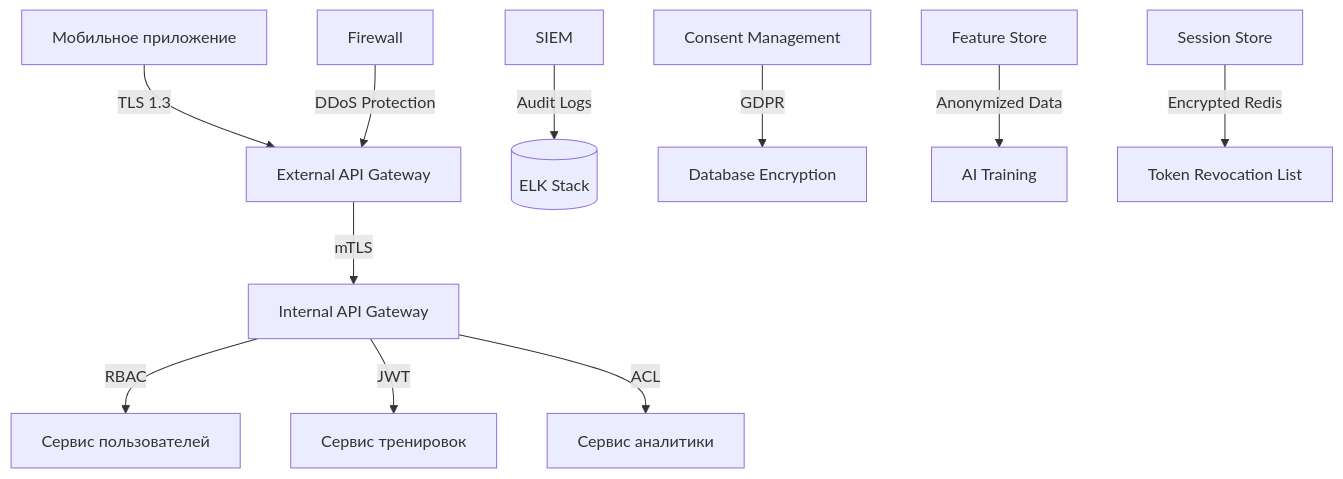
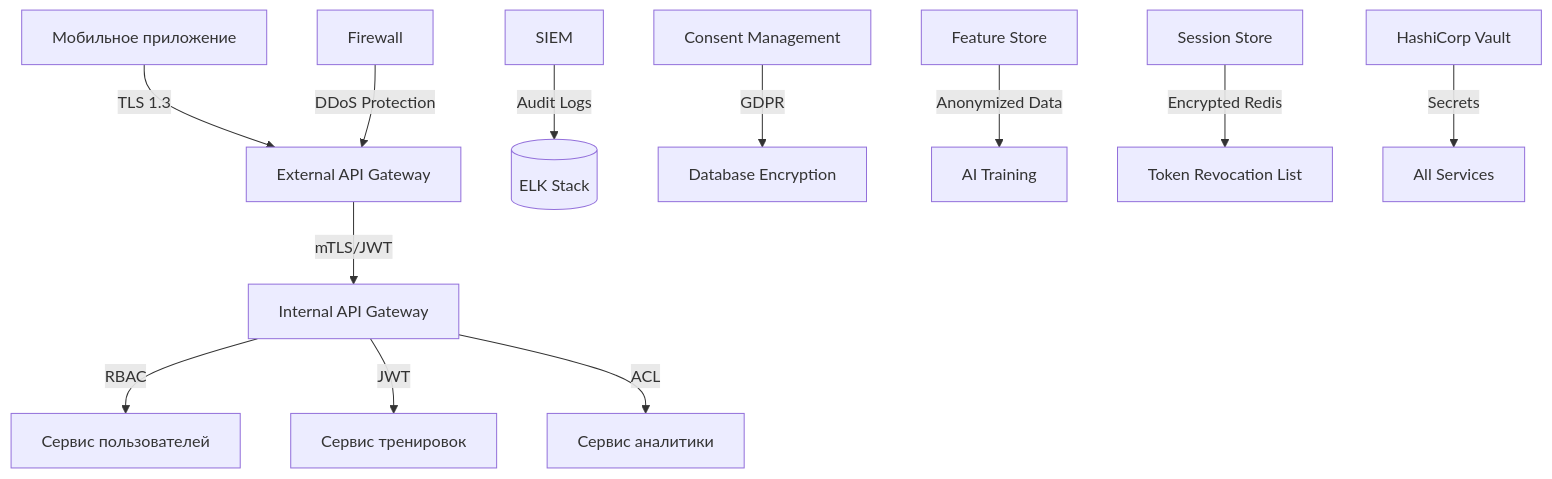
One commit to andreyantropov/architect-coursework changed the diagram in architecture/basic-presentations/security.md. Above: the diagram before and after it, drawn with Mermaid. The commit also changed other lines of this file and 17 other files, not shown here.

````diff
--- a/architecture/basic-presentations/security.md
+++ b/architecture/basic-presentations/security.md
@@ -3,14 +3,15 @@
 ```mermaid
 graph TD
     A[Мобильное приложение] -->|TLS 1.3| B[External API Gateway]
-    B -->|mTLS| C[Internal API Gateway]
-    C -->|RBAC| D[Сервис пользователей]
-    C -->|JWT| E[Сервис тренировок]
-    C -->|ACL| F[Сервис аналитики]
+    B -->|mTLS/JWT| D[Internal API Gateway]
+    D -->|RBAC| E[Сервис пользователей]
+    D -->|JWT| F[Сервис тренировок]
+    D -->|ACL| G[Сервис аналитики]
 
-    G[SIEM] -->|Audit Logs| H[(ELK Stack)]
-    I[Firewall] -->|DDoS Protection| B
-    J[Consent Management] -->|GDPR| K[Database Encryption]
-    L[Feature Store] -->|Anonymized Data| M[AI Training]
-    N[Session Store] -->|Encrypted Redis| O[Token Revocation List]
+    H[SIEM] -->|Audit Logs| I[(ELK Stack)]
+    J[Firewall] -->|DDoS Protection| B
+    K[Consent Management] -->|GDPR| L[Database Encryption]
+    M[Feature Store] -->|Anonymized Data| N[AI Training]
+    O[Session Store] -->|Encrypted Redis| P[Token Revocation List]
+    Q[HashiCorp Vault] -->|Secrets| R[All Services]
 ```
````
